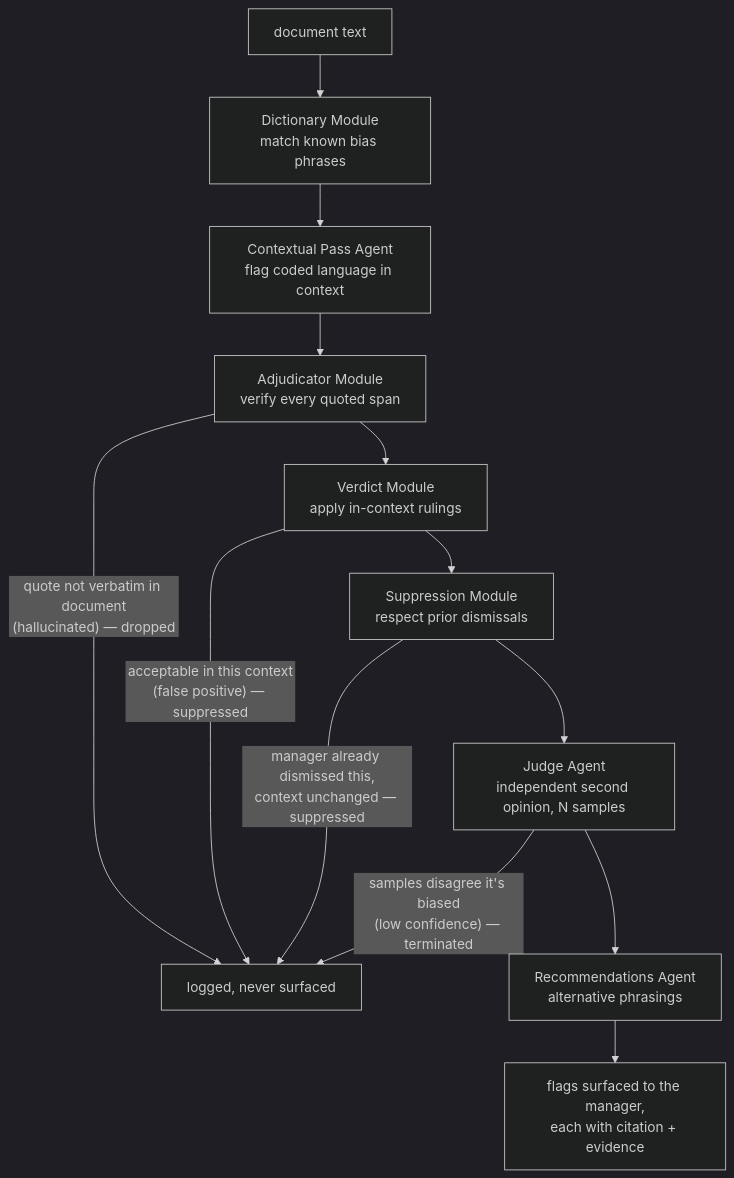
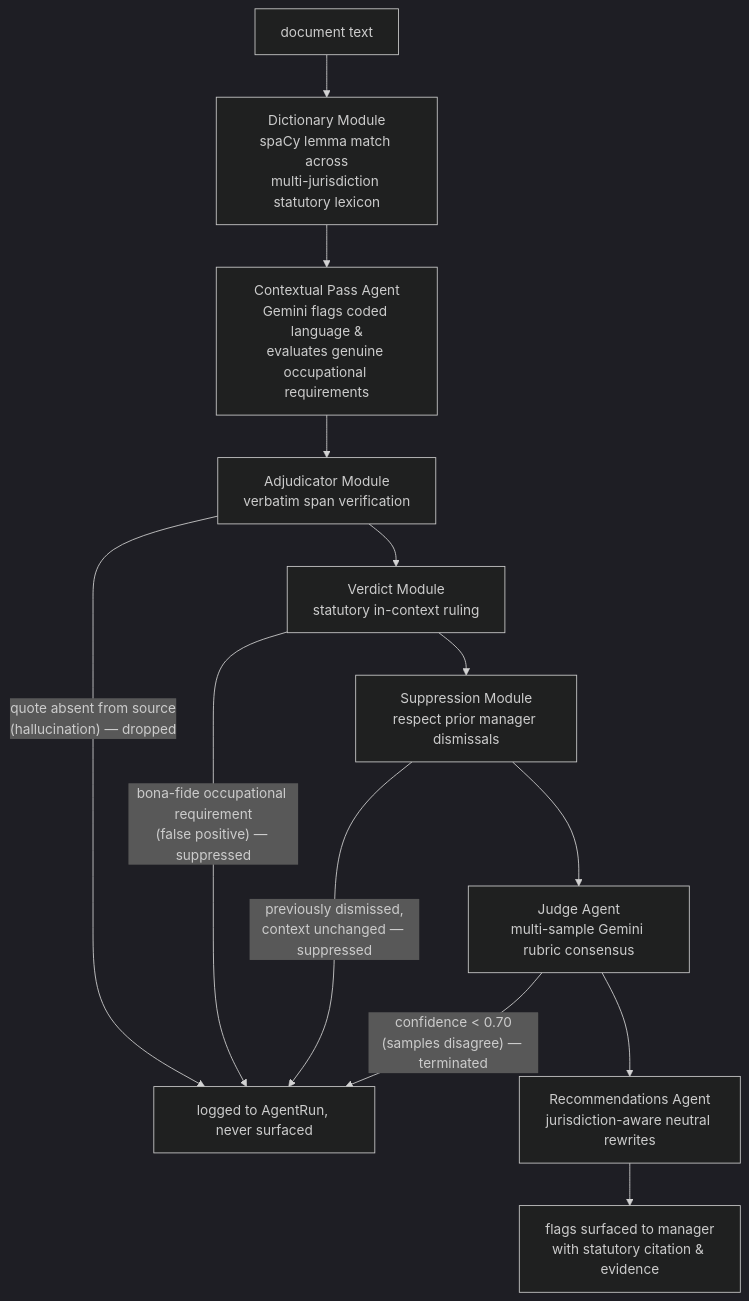
Before and after one commit to sm-daniyal/patternSpecular: the first of 3 diagrams in docs/architecture/overview.md, drawn with Mermaid (dark theme). The commit also changed other lines of this file, not shown here.

Commit message:
docs(architecture): update system overview and statutory pipeline boundaries

````diff
--- a/docs/architecture/overview.md
+++ b/docs/architecture/overview.md
@@ -55,15 +56,15 @@
 ```mermaid
 flowchart TB
-    T[document text] --> D[Dictionary Module<br/>match known bias phrases]
-    D --> C[Contextual Pass Agent<br/>flag coded language in context]
-    C --> A[Adjudicator Module<br/>verify every quoted span]
-    A -- "quote not verbatim in document<br/>(hallucinated) — dropped" --> X1[logged, never surfaced]
-    A --> V[Verdict Module<br/>apply in-context rulings]
-    V -- "acceptable in this context<br/>(false positive) — suppressed" --> X1
-    V --> S[Suppression Module<br/>respect prior dismissals]
-    S -- "manager already dismissed this,<br/>context unchanged — suppressed" --> X1
-    S --> J[Judge Agent<br/>independent second opinion, N samples]
-    J -- "samples disagree it's biased<br/>(low confidence) — terminated" --> X1
-    J --> R[Recommendations Agent<br/>alternative phrasings]
-    R --> OUT[flags surfaced to the manager,<br/>each with citation + evidence]
+    T[document text] --> D[Dictionary Module<br/>spaCy lemma match across<br/>multi-jurisdiction statutory lexicon]
+    D --> C[Contextual Pass Agent<br/>Gemini flags coded language &<br/>evaluates genuine occupational requirements]
+    C --> A[Adjudicator Module<br/>verbatim span verification]
+    A -- "quote absent from source<br/>(hallucination) — dropped" --> X1[logged to AgentRun, never surfaced]
+    A --> V[Verdict Module<br/>statutory in-context ruling]
+    V -- "bona-fide occupational requirement<br/>(false positive) — suppressed" --> X1
+    V --> S[Suppression Module<br/>respect prior manager dismissals]
+    S -- "previously dismissed,<br/>context unchanged — suppressed" --> X1
+    S --> J[Judge Agent<br/>multi-sample Gemini rubric consensus]
+    J -- "confidence < 0.70<br/>(samples disagree) — terminated" --> X1
+    J --> R[Recommendations Agent<br/>jurisdiction-aware neutral rewrites]
+    R --> OUT[flags surfaced to manager<br/>with statutory citation & evidence]
 ```
````
